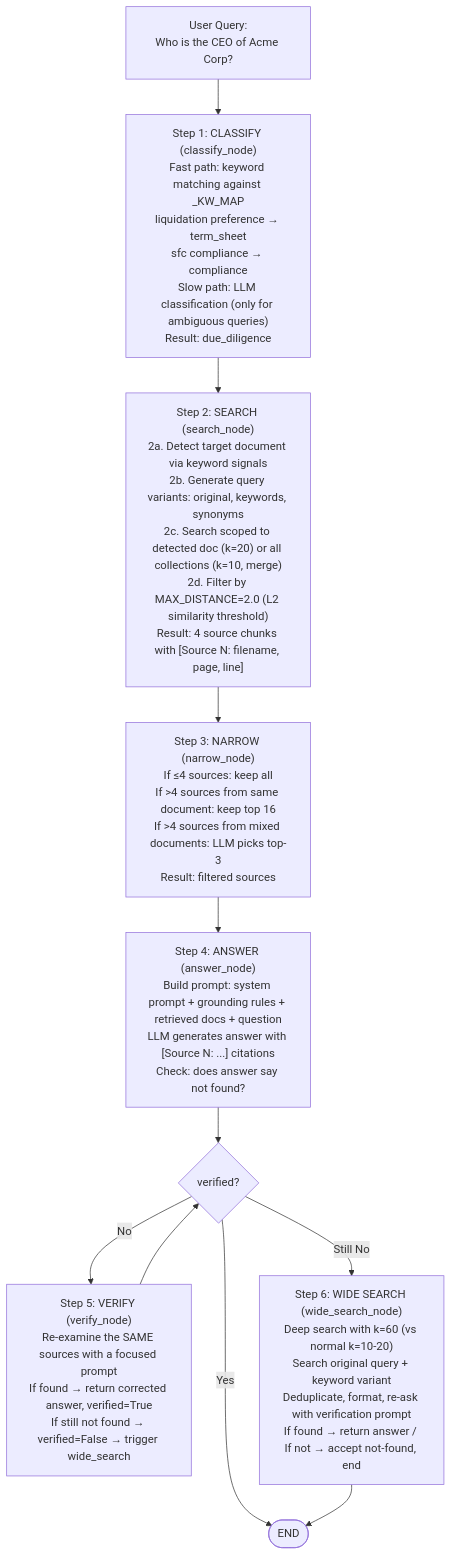
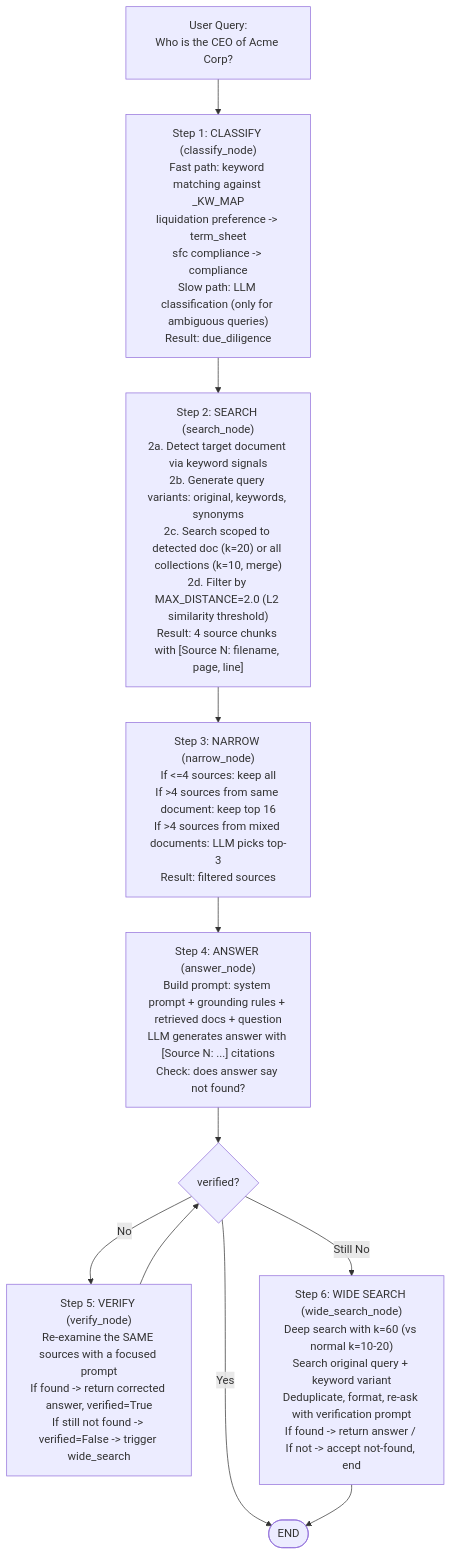
One commit to jonathan-simpson-it/jsnc-demo-automation changed the third of 3 diagrams in README.md. Above: the diagram before and after it, drawn with Mermaid. The commit also changed other lines of this file and 2 other files, not shown here.

First line of the commit message:
chore: remove all emojis from scripts and README

````diff
--- a/README.md
+++ b/README.md
@@ -268,26 +270,26 @@
 ```mermaid
 flowchart TD
     Q["User Query:<br/>Who is the CEO of Acme Corp?"]
 
-    S1["Step 1: CLASSIFY (classify_node)<br/>Fast path: keyword matching against _KW_MAP<br/>liquidation preference → term_sheet<br/>sfc compliance → compliance<br/>Slow path: LLM classification (only for ambiguous queries)<br/>Result: due_diligence"]
+    S1["Step 1: CLASSIFY (classify_node)<br/>Fast path: keyword matching against _KW_MAP<br/>liquidation preference -> term_sheet<br/>sfc compliance -> compliance<br/>Slow path: LLM classification (only for ambiguous queries)<br/>Result: due_diligence"]
 
     S2["Step 2: SEARCH (search_node)<br/>2a. Detect target document via keyword signals<br/>2b. Generate query variants: original, keywords, synonyms<br/>2c. Search scoped to detected doc (k=20) or all collections (k=10, merge)<br/>2d. Filter by MAX_DISTANCE=2.0 (L2 similarity threshold)<br/>Result: 4 source chunks with [Source N: filename, page, line]"]
 
-    S3["Step 3: NARROW (narrow_node)<br/>If ≤4 sources: keep all<br/>If >4 sources from same document: keep top 16<br/>If >4 sources from mixed documents: LLM picks top-3<br/>Result: filtered sources"]
+    S3["Step 3: NARROW (narrow_node)<br/>If <=4 sources: keep all<br/>If >4 sources from same document: keep top 16<br/>If >4 sources from mixed documents: LLM picks top-3<br/>Result: filtered sources"]
 
     S4["Step 4: ANSWER (answer_node)<br/>Build prompt: system prompt + grounding rules + retrieved docs + question<br/>LLM generates answer with [Source N: ...] citations<br/>Check: does answer say not found?"]
 
-    S5["Step 5: VERIFY (verify_node)<br/>Re-examine the SAME sources with a focused prompt<br/>If found → return corrected answer, verified=True<br/>If still not found → verified=False → trigger wide_search"]
+    S5["Step 5: VERIFY (verify_node)<br/>Re-examine the SAME sources with a focused prompt<br/>If found -> return corrected answer, verified=True<br/>If still not found -> verified=False -> trigger wide_search"]
 
-    S6["Step 6: WIDE SEARCH (wide_search_node)<br/>Deep search with k=60 (vs normal k=10-20)<br/>Search original query + keyword variant<br/>Deduplicate, format, re-ask with verification prompt<br/>If found → return answer / If not → accept not-found, end"]
+    S6["Step 6: WIDE SEARCH (wide_search_node)<br/>Deep search with k=60 (vs normal k=10-20)<br/>Search original query + keyword variant<br/>Deduplicate, format, re-ask with verification prompt<br/>If found -> return answer / If not -> accept not-found, end"]
 
     V{verified?}
     E(["END"])
 
     Q --> S1 --> S2 --> S3 --> S4 --> V
     V -- "Yes" --> E
     V -- "No" --> S5
     S5 --> V
     V -- "Still No" --> S6
     S6 --> E
 ```
````
